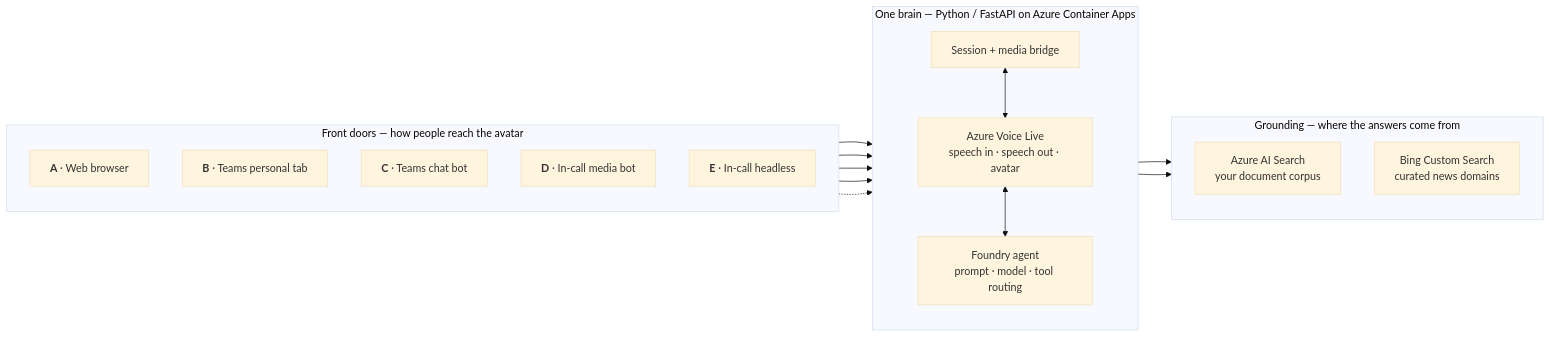
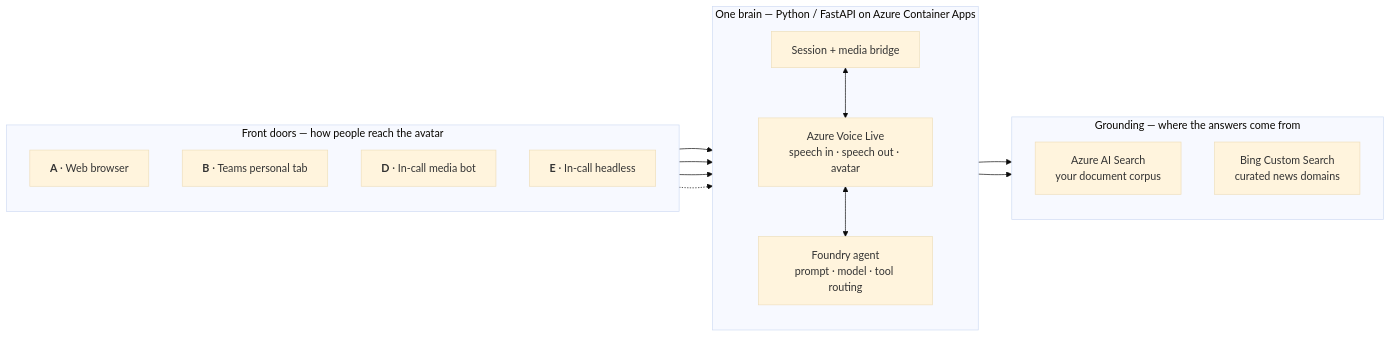
One commit to SridharArrabelly/avatar-forge changed the diagram in README.md. Above: the diagram before and after it, drawn with Mermaid (base theme). The commit also changed other lines of this file and 12 other files, not shown here.

````diff
--- a/README.md
+++ b/README.md
@@ -15,34 +15,32 @@
 ```mermaid
 flowchart LR
     subgraph Doors["Front doors — how people reach the avatar"]
         direction TB
         A["<b>A</b> · Web browser"]
         B["<b>B</b> · Teams personal tab"]
-        C["<b>C</b> · Teams chat bot"]
         D["<b>D</b> · In-call media bot"]
         E["<b>E</b> · In-call headless"]
     end
 
     subgraph Brain["One brain — Python / FastAPI on Azure Container Apps"]
         direction TB
         API["Session + media bridge"]
         VL["Azure Voice Live<br/>speech in · speech out · avatar"]
         AG["Foundry agent<br/>prompt · model · tool routing"]
         API <--> VL
         VL <--> AG
     end
 
     subgraph Ground["Grounding — where the answers come from"]
         direction TB
         S["Azure AI Search<br/>your document corpus"]
         N["Bing Custom Search<br/>curated news domains"]
     end
 
     A --> API
     B --> API
-    C --> API
     D --> API
     E -.-> API
     AG --> S
     AG --> N
 ```
````
